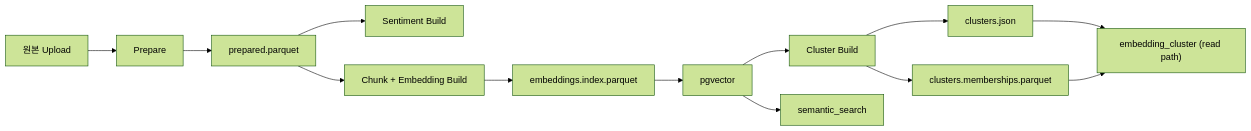
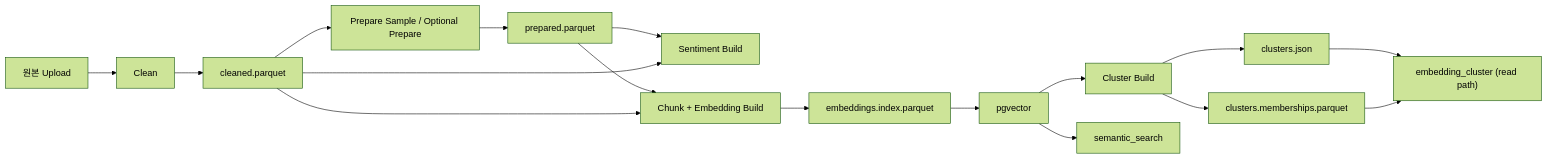
One commit to squirrelabbit/analysis-agent-platform changed the diagram in docs/architecture/unstructured_storage_transition.md. Above: the diagram before and after it, drawn with Mermaid (forest theme). The commit also changed other lines of this file and 9 other files, not shown here.

````diff
--- a/docs/architecture/unstructured_storage_transition.md
+++ b/docs/architecture/unstructured_storage_transition.md
@@ -23,15 +24,19 @@
 ```mermaid
 flowchart LR
-    A["원본 Upload"] --> B["Prepare"]
-    B --> C["prepared.parquet"]
-    C --> D["Sentiment Build"]
-    C --> E["Chunk + Embedding Build"]
-    E --> F["embeddings.index.parquet"]
-    F --> G["pgvector"]
-    G --> H["Cluster Build"]
-    H --> I["clusters.json"]
-    H --> I2["clusters.memberships.parquet"]
-    G --> J["semantic_search"]
-    I --> K["embedding_cluster (read path)"]
-    I2 --> K
+    A["원본 Upload"] --> B["Clean"]
+    B --> C["cleaned.parquet"]
+    C --> C2["Prepare Sample / Optional Prepare"]
+    C2 --> D["prepared.parquet"]
+    D --> E["Sentiment Build"]
+    D --> F["Chunk + Embedding Build"]
+    C --> E
+    C --> F
+    F --> G["embeddings.index.parquet"]
+    G --> H["pgvector"]
+    H --> I["Cluster Build"]
+    I --> J["clusters.json"]
+    I --> J2["clusters.memberships.parquet"]
+    H --> K["semantic_search"]
+    J --> L["embedding_cluster (read path)"]
+    J2 --> L
 ```
````
